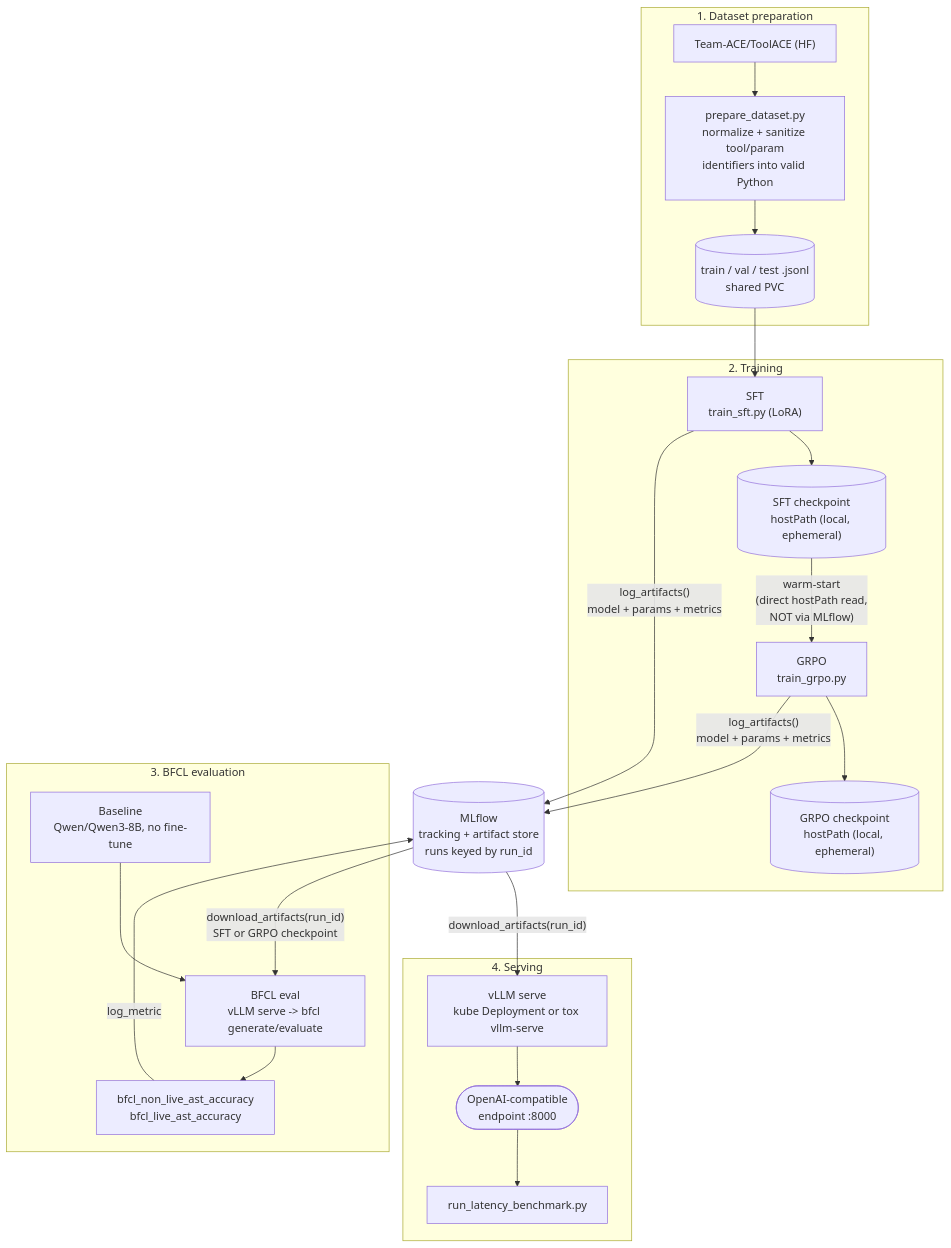
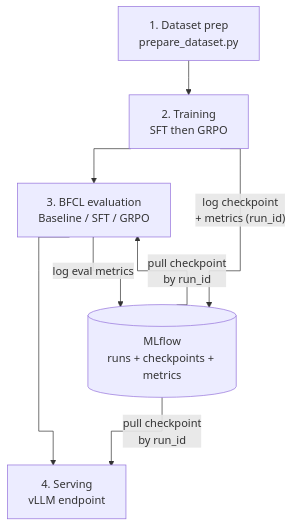
One commit to achew010/function-calling-fin-agent changed the diagram in README.md. Above: the diagram before and after it, drawn with Mermaid. The commit also changed other lines of this file and 4 other files, not shown here.

Commit message:
Add standalone vLLM serve manifest and MLflow logging for vllm bench serve

````diff
--- a/README.md
+++ b/README.md
@@ -76,32 +35,18 @@
 ```mermaid
+%%{init: {'flowchart': {'curve': 'stepAfter'}}}%%
 flowchart TD
-    subgraph S1["1. Dataset preparation"]
-        ToolACE["Team-ACE/ToolACE (HF)"] --> Prepare["prepare_dataset.py<br/>normalize + sanitize tool/param<br/>identifiers into valid Python"]
-        Prepare --> Splits[("train / val / test .jsonl<br/>shared PVC")]
-    end
+    S1["1. Dataset prep<br/>prepare_dataset.py"]
+    S2["2. Training<br/>SFT then GRPO"]
+    S3["3. BFCL evaluation<br/>Baseline / SFT / GRPO"]
+    S4["4. Serving<br/>vLLM endpoint"]
+    MLflow[("MLflow<br/>runs + checkpoints + metrics")]
 
-    subgraph S2["2. Training"]
-        Splits --> SFT["SFT<br/>train_sft.py (LoRA)"]
-        SFT --> SFTHost[("SFT checkpoint<br/>hostPath (local, ephemeral)")]
-        SFTHost -->|"warm-start<br/>(direct hostPath read,<br/>NOT via MLflow)"| GRPO["GRPO<br/>train_grpo.py"]
-        GRPO --> GRPOHost[("GRPO checkpoint<br/>hostPath (local, ephemeral)")]
-    end
+    S1 --> S2
+    S2 --> S3
+    S3 --> S4
 
-    MLflow[("MLflow<br/>tracking + artifact store<br/>runs keyed by run_id")]
-    SFT -->|"log_artifacts()<br/>model + params + metrics"| MLflow
-    GRPO -->|"log_artifacts()<br/>model + params + metrics"| MLflow
-
-    subgraph S3["3. BFCL evaluation"]
-        Baseline["Baseline<br/>Qwen/Qwen3-8B, no fine-tune"] --> BFCL["BFCL eval<br/>vLLM serve -> bfcl generate/evaluate"]
-        BFCL --> Metrics["bfcl_non_live_ast_accuracy<br/>bfcl_live_ast_accuracy"]
-    end
-
-    subgraph S4["4. Serving"]
-        Serve["vLLM serve<br/>kube Deployment or tox vllm-serve"] --> Endpoint(["OpenAI-compatible<br/>endpoint :8000"])
-        Endpoint --> Bench["run_latency_benchmark.py"]
-    end
-
-    MLflow -->|"download_artifacts(run_id)<br/>SFT or GRPO checkpoint"| BFCL
-    MLflow -->|"download_artifacts(run_id)"| Serve
-    Metrics -->|log_metric| MLflow
+    S2 -->|"log checkpoint<br/>+ metrics (run_id)"| MLflow
+    MLflow -->|"pull checkpoint<br/>by run_id"| S3
+    S3 -->|"log eval metrics"| MLflow
+    MLflow -->|"pull checkpoint<br/>by run_id"| S4
 ```
````
